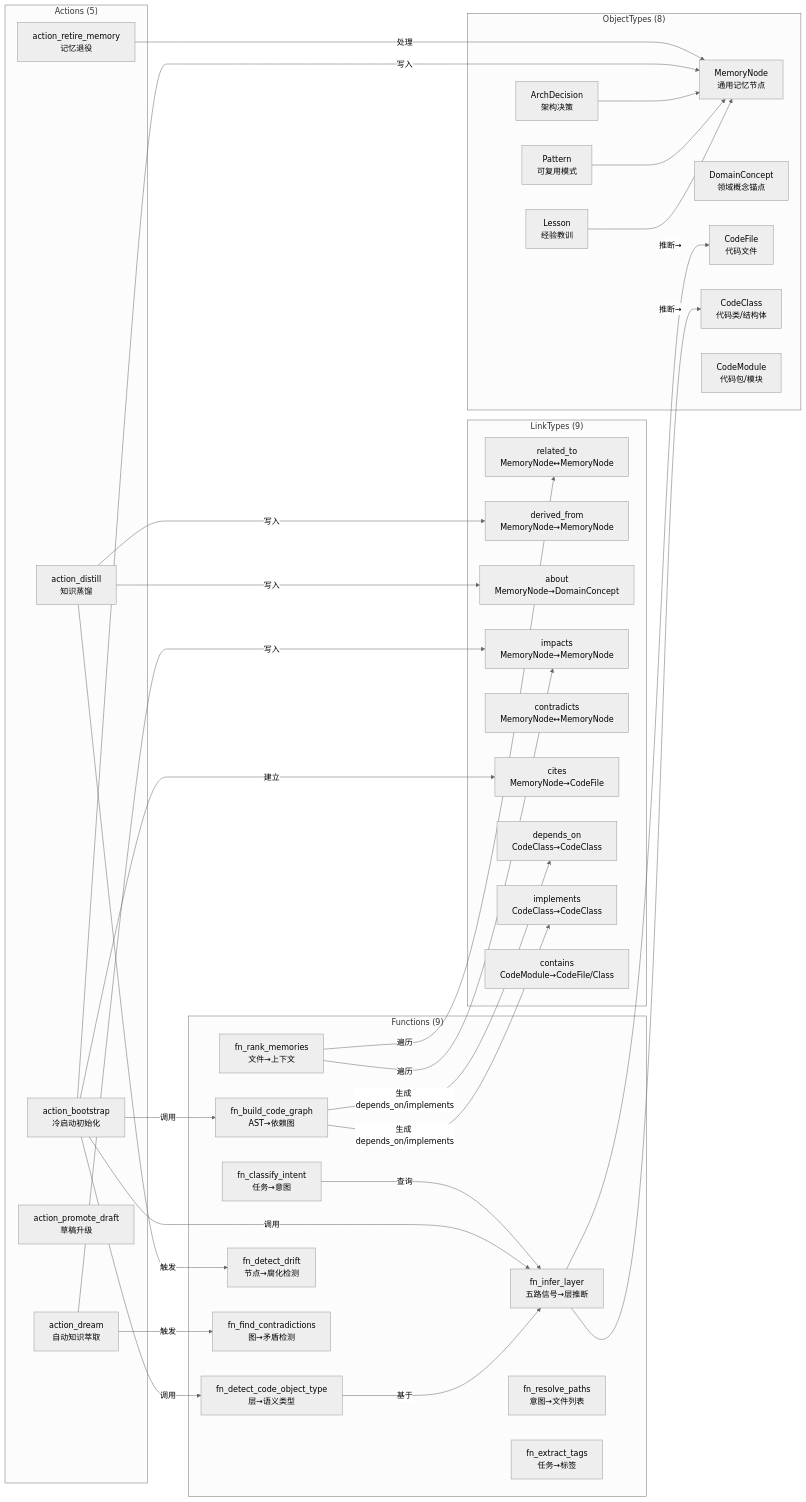
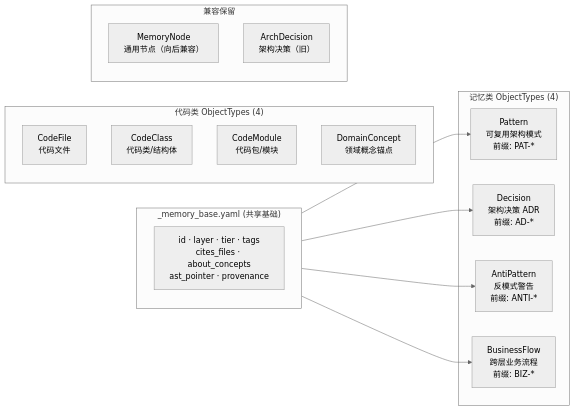
Before and after one commit to allengaoo/mms: the second of 4 diagrams in layer2_readme.md, drawn with Mermaid (neutral theme). The commit also changed other lines of this file and 4 other files, not shown here.

First line of the commit message:
docs: 全面更新 README 文件体系以反映 Schema v5.0 架构

````diff
--- a/layer2_readme.md
+++ b/layer2_readme.md
@@ -159,72 +150,27 @@
 ```mermaid
 graph LR
-    subgraph OBJ["ObjectTypes (8)"]
-        MN[MemoryNode<br/>通用记忆节点]
-        LS[Lesson<br/>经验教训]
-        PT[Pattern<br/>可复用模式]
-        AD[ArchDecision<br/>架构决策]
-        DC[DomainConcept<br/>领域概念锚点]
+    subgraph BASE["_memory_base.yaml (共享基础)"]
+        B_PROPS["id · layer · tier · tags<br/>cites_files · about_concepts<br/>ast_pointer · provenance"]
+    end
+
+    subgraph MEMORY["记忆类 ObjectTypes (4)"]
+        PT[Pattern<br/>可复用架构模式<br/>前缀: PAT-*]
+        DEC[Decision<br/>架构决策 ADR<br/>前缀: AD-*]
+        AP[AntiPattern<br/>反模式警告<br/>前缀: ANTI-*]
+        BF[BusinessFlow<br/>跨层业务流程<br/>前缀: BIZ-*]
+    end
+
+    subgraph CODE["代码类 ObjectTypes (4)"]
         CF[CodeFile<br/>代码文件]
         CC[CodeClass<br/>代码类/结构体]
         CM[CodeModule<br/>代码包/模块]
+        DC[DomainConcept<br/>领域概念锚点]
     end
 
-    subgraph LNK["LinkTypes (9)"]
-        LRT[related_to<br/>MemoryNode↔MemoryNode]
-        LDF[derived_from<br/>MemoryNode→MemoryNode]
-        LAB[about<br/>MemoryNode→DomainConcept]
-        LIM[impacts<br/>MemoryNode→MemoryNode]
-        LCT[contradicts<br/>MemoryNode↔MemoryNode]
-        LCI[cites<br/>MemoryNode→CodeFile]
-        LDO[depends_on<br/>CodeClass→CodeClass]
-        LIP[implements<br/>CodeClass→CodeClass]
-        LCN[contains<br/>CodeModule→CodeFile/Class]
+    subgraph LEGACY["兼容保留"]
+        MN[MemoryNode<br/>通用节点（向后兼容）]
+        AD[ArchDecision<br/>架构决策（旧）]
     end
 
-    subgraph FN["Functions (9)"]
-        FIL[fn_infer_layer<br/>五路信号→层推断]
-        FDT[fn_detect_code_object_type<br/>层→语义类型]
-        FBG[fn_build_code_graph<br/>AST→依赖图]
-        FCI[fn_classify_intent<br/>任务→意图]
-        FRP[fn_resolve_paths<br/>意图→文件列表]
-        FRM[fn_rank_memories<br/>文件→上下文]
-        FET[fn_extract_tags<br/>任务→标签]
-        FDD[fn_detect_drift<br/>节点→腐化检测]
-        FFC[fn_find_contradictions<br/>图→矛盾检测]
-    end
-
-    subgraph ACT["Actions (5)"]
-        AB[action_bootstrap<br/>冷启动初始化]
-        ADST[action_distill<br/>知识蒸馏]
-        ADR[action_dream<br/>自动知识萃取]
-        APD[action_promote_draft<br/>草稿升级]
-        ART[action_retire_memory<br/>记忆退役]
-    end
-
-    LS --> MN
-    PT --> MN
-    AD --> MN
-
-    FIL -->|"推断→"| CF
-    FIL -->|"推断→"| CC
-    FDT -->|"基于"| FIL
-    FBG -->|"生成 depends_on/implements"| LDO
-    FBG -->|"生成 depends_on/implements"| LIP
-
-    AB -->|"调用"| FIL
-    AB -->|"调用"| FDT
-    AB -->|"调用"| FBG
-    AB -->|"写入"| MN
-    AB -->|"建立"| LCI
-
-    ADST -->|"触发"| FDD
-    ADST -->|"写入"| LDF
-    ADST -->|"写入"| LAB
-    ADR -->|"触发"| FFC
-    ADR -->|"写入"| LIM
-    ART -->|"处理"| MN
-
-    FCI -->|"查询"| FIL
-    FRM -->|"遍历"| LRT
-    FRM -->|"遍历"| LIM
+    BASE --> PT & DEC & AP & BF
 ```
````
